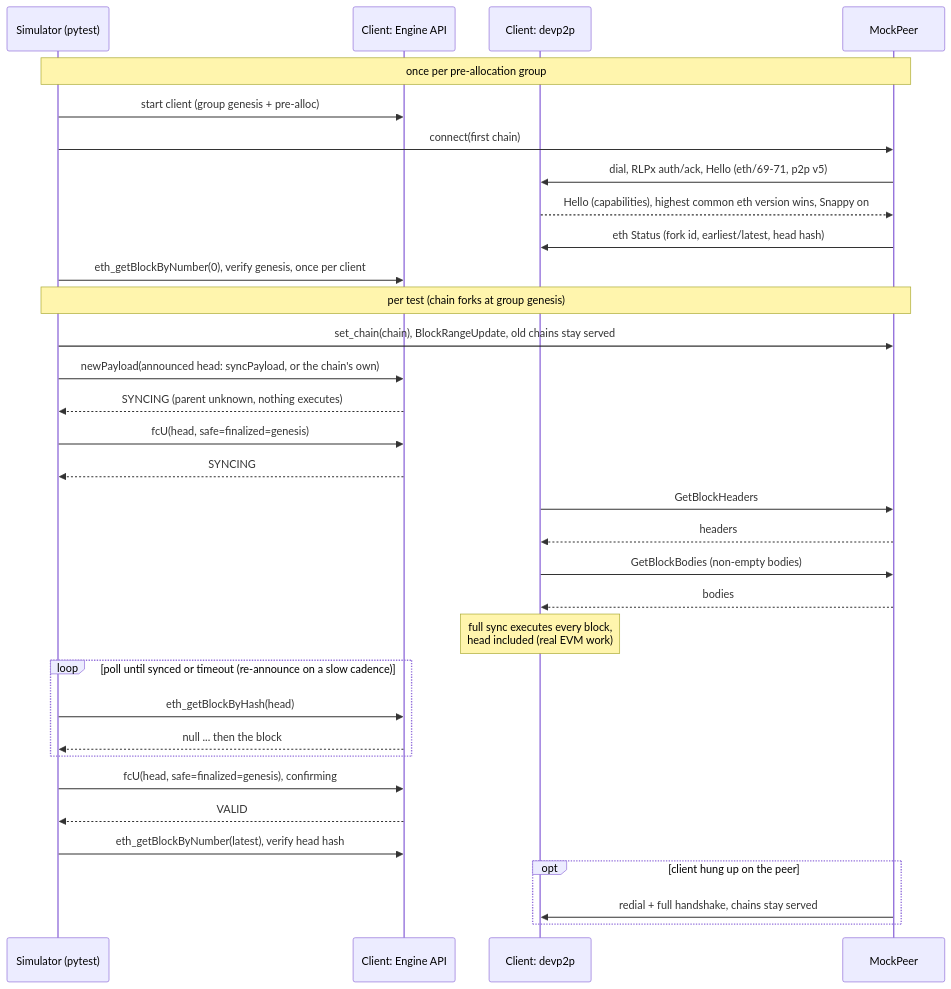
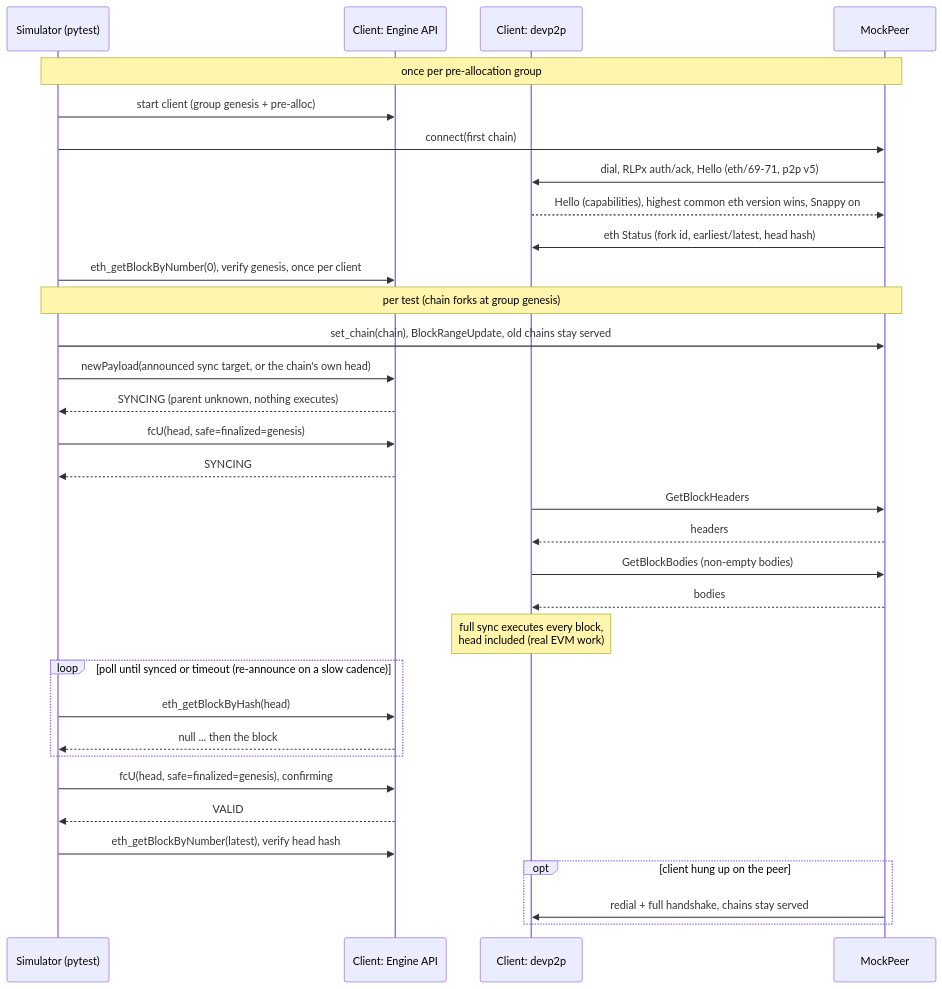
Before and after one commit to danceratopz/execution-specs: the diagram in docs/running_tests/consume/wirex.md, drawn with Mermaid. The commit also changed other lines of this file, not shown here.

First line of the commit message:
docs(test-consume): describe per-target sync paths

````diff
--- a/docs/running_tests/consume/wirex.md
+++ b/docs/running_tests/consume/wirex.md
@@ -36,38 +36,38 @@
 ```mermaid
 sequenceDiagram
     participant S as Simulator (pytest)
     participant E as Client: Engine API
     participant D as Client: devp2p
     participant P as MockPeer
 
     note over S,P: once per pre-allocation group
     S->>E: start client (group genesis + pre-alloc)
     S->>P: connect(first chain)
     P->>D: dial, RLPx auth/ack, Hello (eth/69-71, p2p v5)
     D-->>P: Hello (capabilities), highest common eth version wins, Snappy on
     P->>D: eth Status (fork id, earliest/latest, head hash)
     S->>E: eth_getBlockByNumber(0), verify genesis, once per client
 
     note over S,P: per test (chain forks at group genesis)
     S->>P: set_chain(chain), BlockRangeUpdate, old chains stay served
-    S->>E: newPayload(announced head: syncPayload, or the chain's own)
+    S->>E: newPayload(announced sync target, or the chain's own head)
     E-->>S: SYNCING (parent unknown, nothing executes)
     S->>E: fcU(head, safe=finalized=genesis)
     E-->>S: SYNCING
     D->>P: GetBlockHeaders
     P-->>D: headers
     D->>P: GetBlockBodies (non-empty bodies)
     P-->>D: bodies
     note over D: full sync executes every block,<br/>head included (real EVM work)
     loop poll until synced or timeout (re-announce on a slow cadence)
         S->>E: eth_getBlockByHash(head)
         E-->>S: null ... then the block
     end
     S->>E: fcU(head, safe=finalized=genesis), confirming
     E-->>S: VALID
     S->>E: eth_getBlockByNumber(latest), verify head hash
 
     opt client hung up on the peer
         P->>D: redial + full handshake, chains stay served
     end
 ```
````
